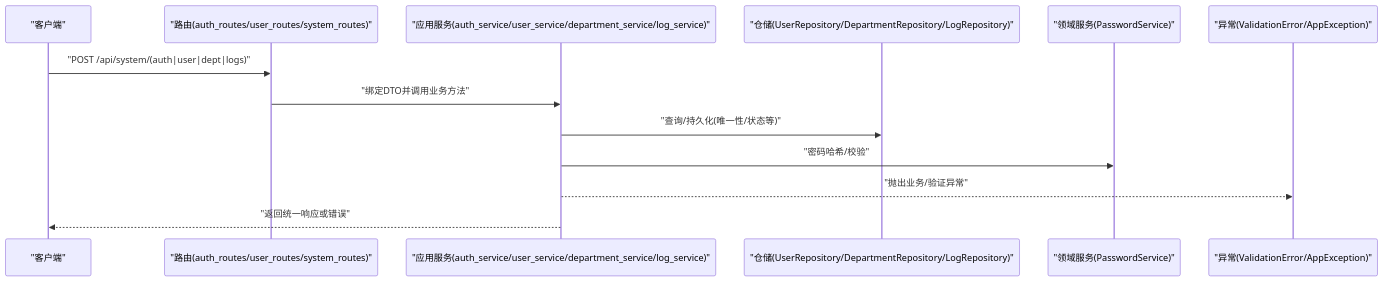
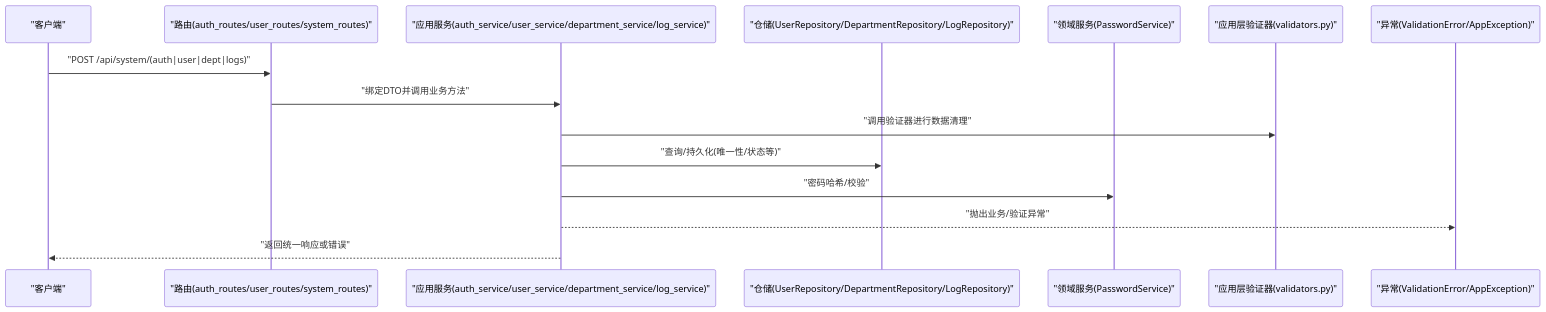
Before and after one commit to taoweidong/Hello-FastApi: the second of 6 diagrams in .qoder/repowiki/zh/content/项目概述/核心特性/数据验证.md, drawn with Mermaid. The commit also changed other lines of this file and 22 other files, not shown here.

````diff
--- a/.qoder/repowiki/zh/content/项目概述/核心特性/数据验证.md
+++ b/.qoder/repowiki/zh/content/项目概述/核心特性/数据验证.md
@@ -170,15 +168,17 @@
 ```mermaid
 sequenceDiagram
 participant Client as "客户端"
 participant Router as "路由(auth_routes/user_routes/system_routes)"
 participant Service as "应用服务(auth_service/user_service/department_service/log_service)"
 participant Repo as "仓储(UserRepository/DepartmentRepository/LogRepository)"
 participant Domain as "领域服务(PasswordService)"
+participant Av as "应用层验证器(validators.py)"
 participant Ex as "异常(ValidationError/AppException)"
 Client->>Router : "POST /api/system/(auth|user|dept|logs)"
 Router->>Service : "绑定DTO并调用业务方法"
+Service->>Av : "调用验证器进行数据清理"
 Service->>Repo : "查询/持久化(唯一性/状态等)"
 Service->>Domain : "密码哈希/校验"
 Service-->>Ex : "抛出业务/验证异常"
 Service-->>Client : "返回统一响应或错误"
 ```
````
